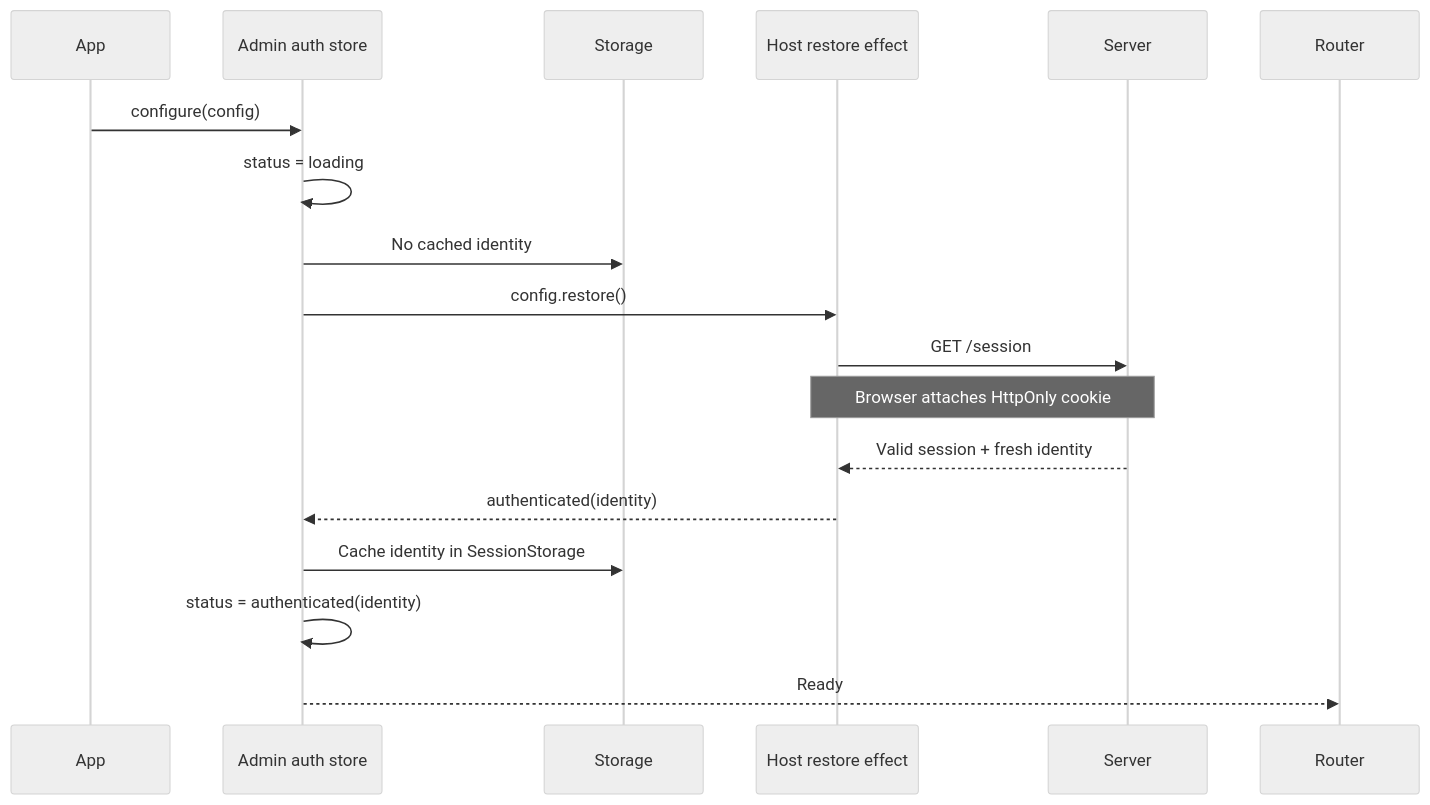
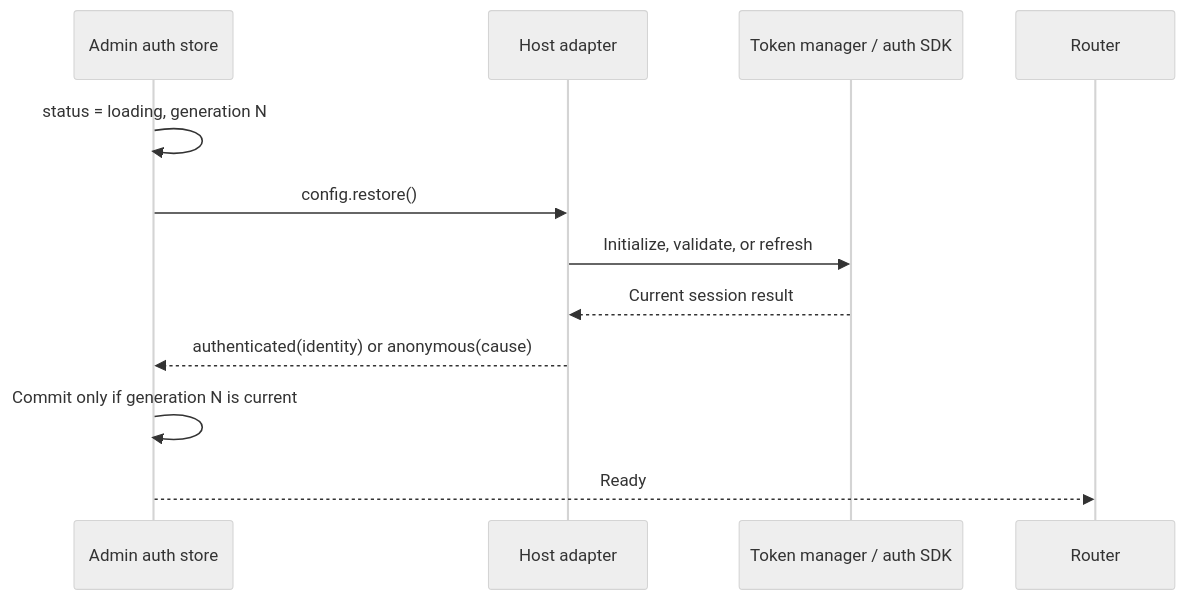
Before and after one commit to hechang27-sprt/noob-components-v2: the sixth of 19 diagrams in docs/admin-auth-restoration-data-flows.md, drawn with Mermaid (neutral theme). The commit also changed other lines of this file and 15 other files, not shown here.

````diff
--- a/docs/admin-auth-restoration-data-flows.md
+++ b/docs/admin-auth-restoration-data-flows.md
@@ -182,21 +184,15 @@
 ```mermaid
 sequenceDiagram
-    participant App
     participant Auth as Admin auth store
-    participant Storage
-    participant Host as Host restore effect
-    participant Server
+    participant Host as Host adapter
+    participant Mechanism as Token manager / auth SDK
     participant Router
 
-    App->>Auth: configure(config)
-    Auth->>Auth: status = loading
-    Auth->>Storage: No cached identity
+    Auth->>Auth: status = loading, generation N
     Auth->>Host: config.restore()
-    Host->>Server: GET /session
-    Note over Host,Server: Browser attaches HttpOnly cookie
-    Server-->>Host: Valid session + fresh identity
-    Host-->>Auth: authenticated(identity)
-    Auth->>Storage: Cache identity in SessionStorage
-    Auth->>Auth: status = authenticated(identity)
+    Host->>Mechanism: Initialize, validate, or refresh
+    Mechanism-->>Host: Current session result
+    Host-->>Auth: authenticated(identity) or anonymous(cause)
+    Auth->>Auth: Commit only if generation N is current
     Auth-->>Router: Ready
 ```
````
